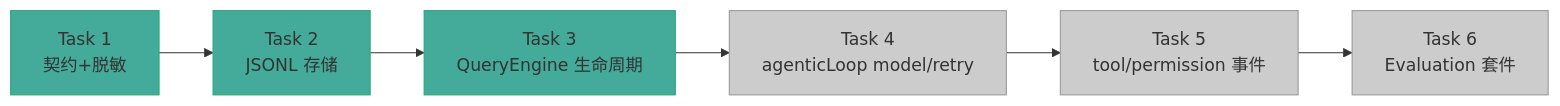
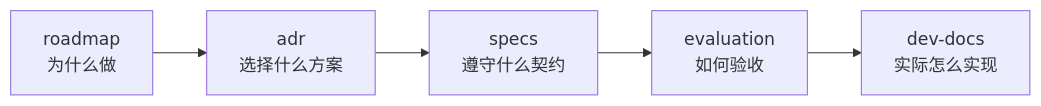
The diagram in docs/engineering/README.md (KomorebiLabs/Klaude-Code), drawn with Mermaid before and after one commit. The commit also changed other lines of this file and 8 other files, not shown here.

````diff
--- a/docs/engineering/README.md
+++ b/docs/engineering/README.md
@@ -32,14 +82,7 @@
 ```mermaid
 flowchart LR
-    A[Task 1<br/>契约+脱敏] --> B[Task 2<br/>JSONL 存储]
-    B --> C[Task 3<br/>QueryEngine 生命周期]
-    C --> D[Task 4<br/>agenticLoop model/retry]
-    D --> E[Task 5<br/>tool/permission 事件]
-    E --> F[Task 6<br/>Evaluation 套件]
-    style A fill:#4a9,stroke:#2a7
-    style B fill:#4a9,stroke:#2a7
-    style C fill:#4a9,stroke:#2a7
-    style D fill:#ccc,stroke:#999
-    style E fill:#ccc,stroke:#999
-    style F fill:#ccc,stroke:#999
+    R[roadmap<br/>为什么做] --> A[adr<br/>选择什么方案]
+    A --> S[specs<br/>遵守什么契约]
+    S --> E[evaluation<br/>如何验收]
+    E --> D[dev-docs<br/>实际怎么实现]
 ```
````
